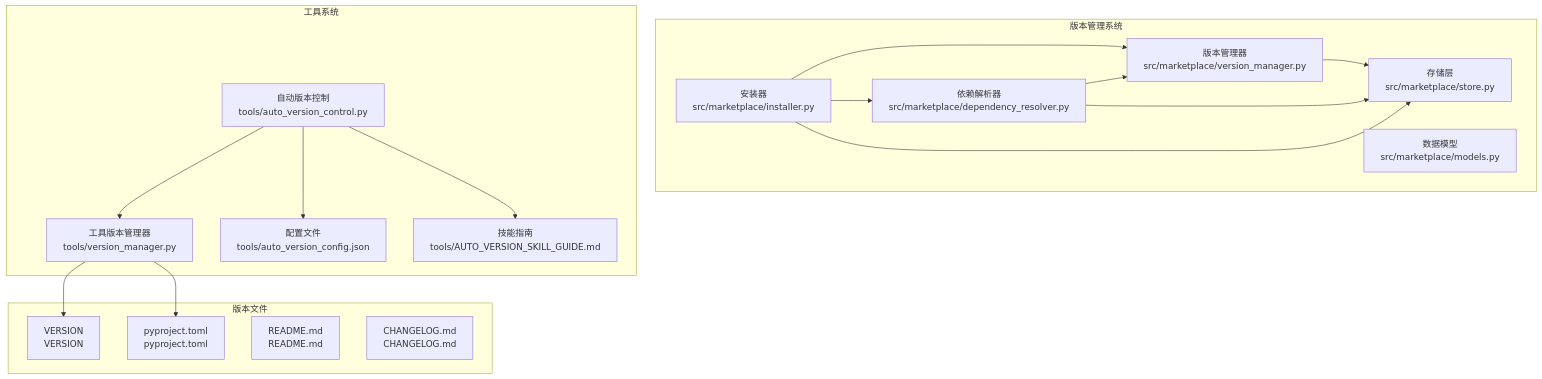
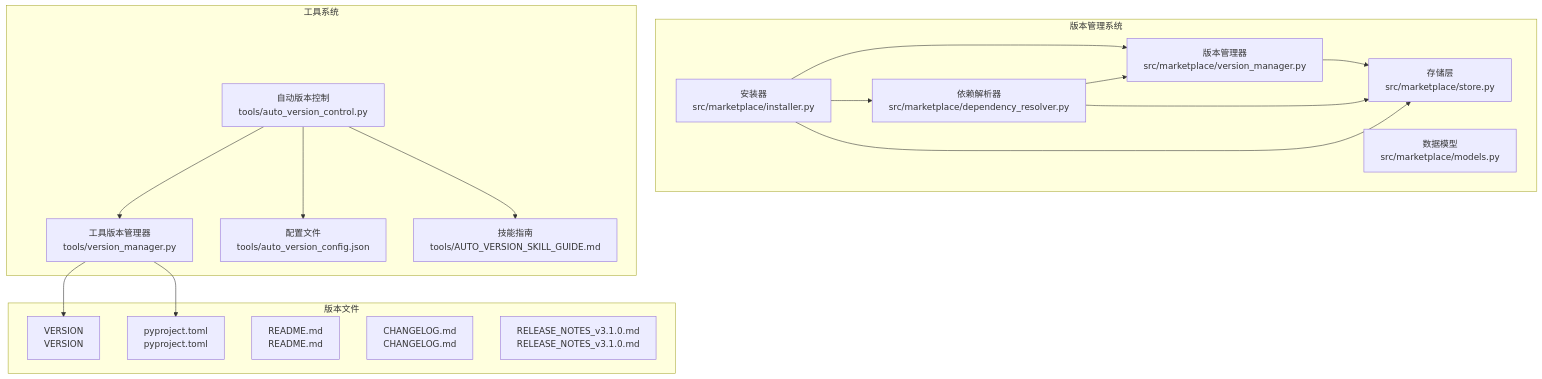
Before and after one commit to JieGaoPrinceton/NecoRAG: the first of 6 diagrams in .qoder/repowiki/zh/content/开发与测试/版本管理系统.md, drawn with Mermaid. The commit also changed other lines of this file and 73 other files, not shown here.

````diff
--- a/.qoder/repowiki/zh/content/开发与测试/版本管理系统.md
+++ b/.qoder/repowiki/zh/content/开发与测试/版本管理系统.md
@@ -51,33 +51,34 @@
 ```mermaid
 graph TB
 subgraph "版本管理系统"
 VM[版本管理器<br/>src/marketplace/version_manager.py]
 IM[安装器<br/>src/marketplace/installer.py]
 SM[存储层<br/>src/marketplace/store.py]
 DM[数据模型<br/>src/marketplace/models.py]
 DR[依赖解析器<br/>src/marketplace/dependency_resolver.py]
 end
 subgraph "工具系统"
 TVM[工具版本管理器<br/>tools/version_manager.py]
 AVC[自动版本控制<br/>tools/auto_version_control.py]
 AVC_CFG[配置文件<br/>tools/auto_version_config.json]
 AVC_GUIDE[技能指南<br/>tools/AUTO_VERSION_SKILL_GUIDE.md]
 end
 subgraph "版本文件"
 VER[VERSION<br/>VERSION]
 PYPROJ[pyproject.toml<br/>pyproject.toml]
 README[README.md<br/>README.md]
 CHANGELOG[CHANGELOG.md<br/>CHANGELOG.md]
+RELEASE_NOTES[RELEASE_NOTES_v3.1.0.md<br/>RELEASE_NOTES_v3.1.0.md]
 end
 VM --> SM
 IM --> VM
 IM --> DR
 IM --> SM
 DR --> VM
 DR --> SM
 TVM --> VER
 TVM --> PYPROJ
 AVC --> TVM
 AVC --> AVC_CFG
 AVC --> AVC_GUIDE
 ```
````
